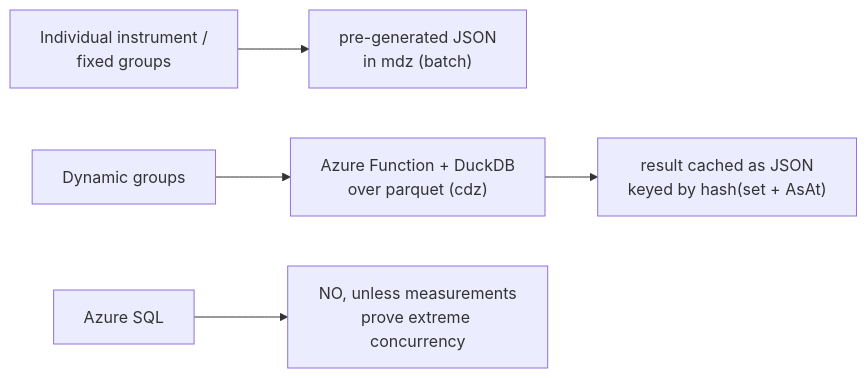
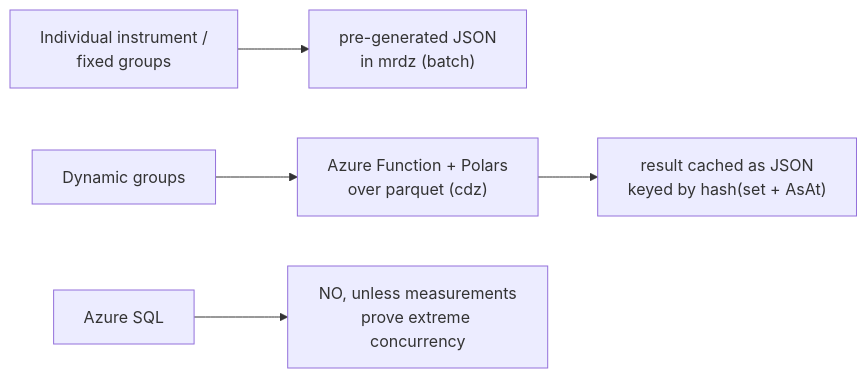
One commit to alejandro-olguin/quant changed the first of 2 diagrams in docs/detail-data-serving-architecture.md. Above: the diagram before and after it, drawn with Mermaid. The commit also changed other lines of this file and 8 other files, not shown here.

First line of the commit message:
Adopta Polars por defecto, corrige mrdz y documenta pendiente de snapshots

````diff
--- a/docs/detail-data-serving-architecture.md
+++ b/docs/detail-data-serving-architecture.md
@@ -77,7 +77,7 @@
 ```mermaid
 flowchart LR
-    A["Individual instrument /<br/>fixed groups"] --> B["pre-generated JSON<br/>in mdz (batch)"]
-    C["Dynamic groups"] --> D["Azure Function + DuckDB<br/>over parquet (cdz)"]
+    A["Individual instrument /<br/>fixed groups"] --> B["pre-generated JSON<br/>in mrdz (batch)"]
+    C["Dynamic groups"] --> D["Azure Function + Polars<br/>over parquet (cdz)"]
     D --> E["result cached as JSON<br/>keyed by hash(set + AsAt)"]
     F["Azure SQL"] --> G["NO, unless measurements<br/>prove extreme concurrency"]
 ```
````
